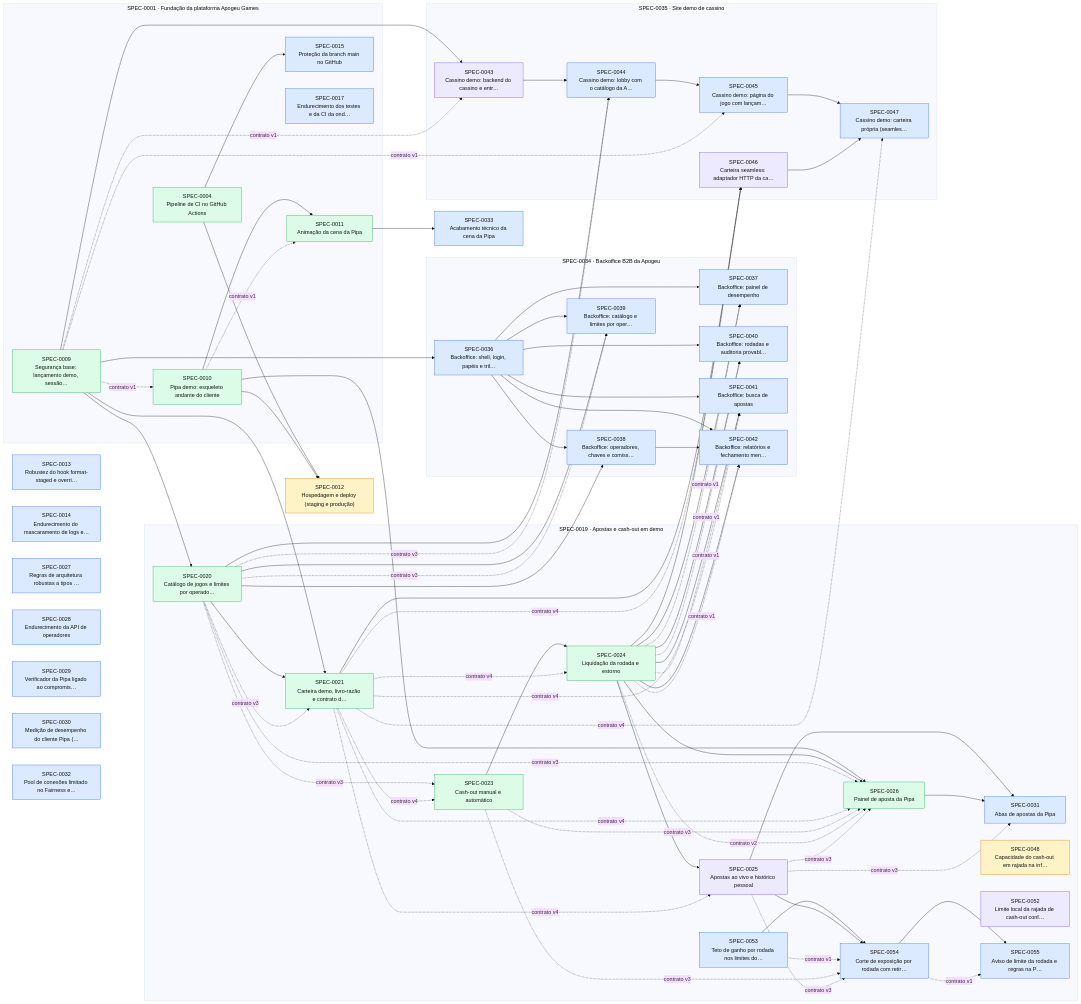
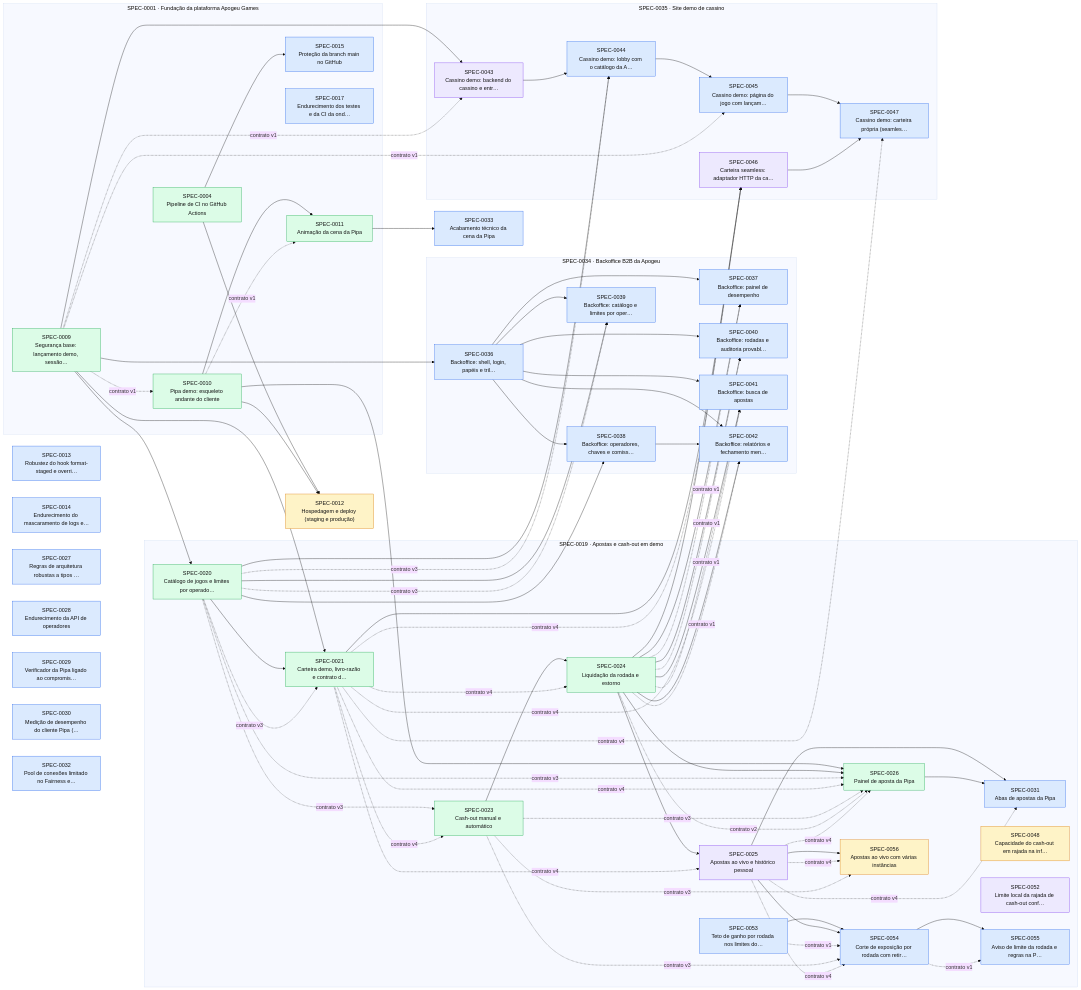
The diagram in docs/specs/INDEX.md (thomasravache/crash-games-provider), drawn with Mermaid (base theme) before and after one commit. The commit also changed other lines of this file and 5 other files, not shown here.

```diff
--- a/docs/specs/INDEX.md
+++ b/docs/specs/INDEX.md
@@ -128,6 +128,7 @@
     S0053["SPEC-0053<br/>Teto de ganho por rodada nos limites do…"]:::approved
     S0054["SPEC-0054<br/>Corte de exposição por rodada com retir…"]:::approved
     S0055["SPEC-0055<br/>Aviso de limite da rodada e regras na P…"]:::approved
+    S0056["SPEC-0056<br/>Apostas ao vivo com várias instâncias"]:::proposed
   end
   subgraph E0034["SPEC-0034 · Backoffice B2B da Apogeu"]
     S0036["SPEC-0036<br/>Backoffice: shell, login, papéis e tril…"]:::approved
@@ -167,10 +168,10 @@
   S0021 -. contrato v4 .-> S0026
   S0023 -. contrato v3 .-> S0026
   S0024 -. contrato v2 .-> S0026
-  S0025 -. contrato v3 .-> S0026
+  S0025 -. contrato v4 .-> S0026
   S0025 --> S0031
   S0026 --> S0031
-  S0025 -. contrato v3 .-> S0031
+  S0025 -. contrato v4 .-> S0031
   S0011 --> S0033
   S0009 --> S0036
   S0036 --> S0037
@@ -209,9 +210,12 @@
   S0025 --> S0054
   S0053 -. contrato v1 .-> S0054
   S0023 -. contrato v3 .-> S0054
-  S0025 -. contrato v3 .-> S0054
+  S0025 -. contrato v4 .-> S0054
   S0054 --> S0055
   S0054 -. contrato v1 .-> S0055
+  S0025 --> S0056
+  S0025 -. contrato v4 .-> S0056
+  S0023 -. contrato v3 .-> S0056
   classDef proposed fill:#fef3c7,stroke:#d97706,color:#111
   classDef approved fill:#dbeafe,stroke:#2563eb,color:#111
   classDef inprogress fill:#ede9fe,stroke:#7c3aed,color:#111
```
